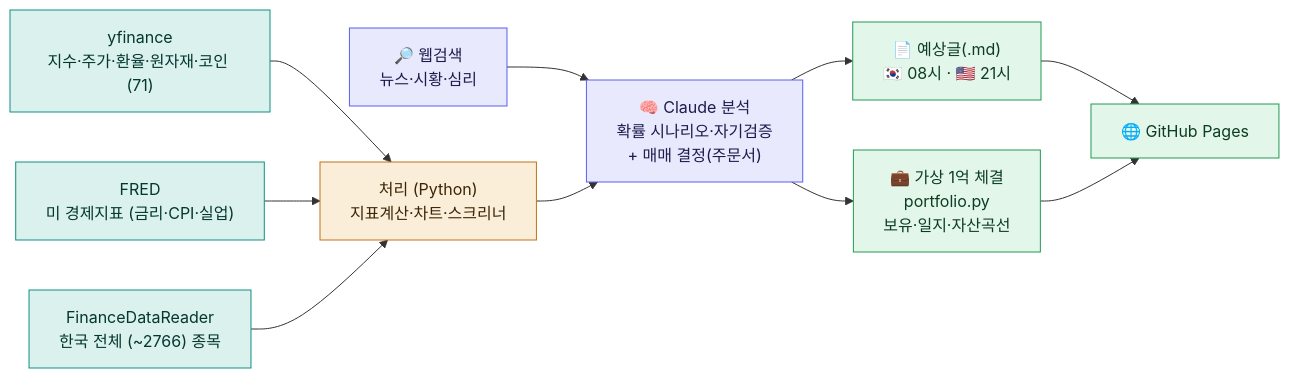
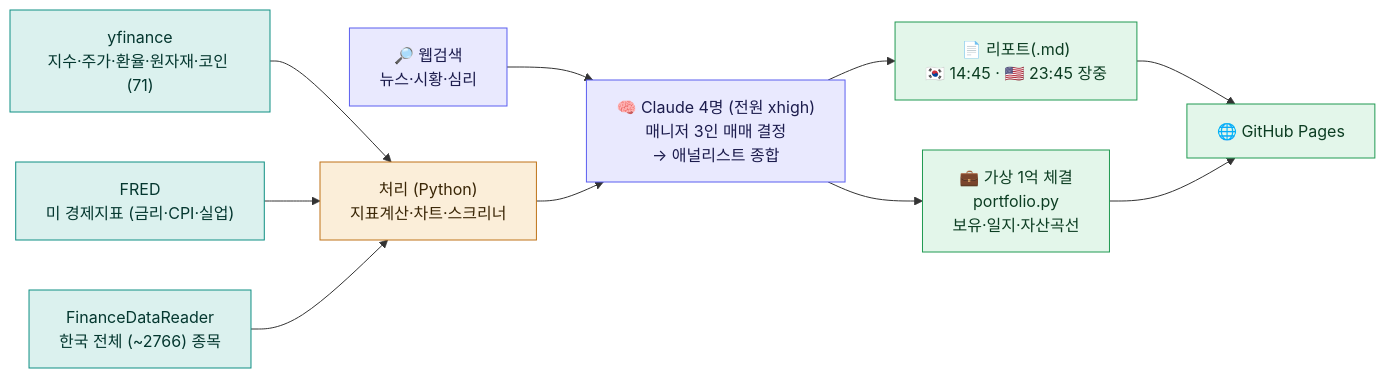
The second of 2 diagrams in docs/OVERVIEW.md (gks930620/stock-daily), drawn with Mermaid before and after one commit. The commit also changed other lines of this file and 4 other files, not shown here.

````diff
--- a/docs/OVERVIEW.md
+++ b/docs/OVERVIEW.md
@@ -63,17 +63,17 @@
 ```mermaid
 flowchart LR
   Y["yfinance<br/>지수·주가·환율·원자재·코인 (71)"] --> P
   FR["FRED<br/>미 경제지표 (금리·CPI·실업)"] --> P
   FD["FinanceDataReader<br/>한국 전체 (~2766) 종목"] --> P
   WS["🔎 웹검색<br/>뉴스·시황·심리"] --> CL
 
   P["처리 (Python)<br/>지표계산·차트·스크리너"] --> CL
-  CL["🧠 Claude 분석<br/>확률 시나리오·자기검증<br/>+ 매매 결정(주문서)"] --> R["📄 예상글(.md)<br/>🇰🇷 08시 · 🇺🇸 21시"] --> PG["🌐 GitHub Pages"]
+  CL["🧠 Claude 4명 (전원 xhigh)<br/>매니저 3인 매매 결정<br/>→ 애널리스트 종합"] --> R["📄 리포트(.md)<br/>🇰🇷 14:45 · 🇺🇸 23:45 장중"] --> PG["🌐 GitHub Pages"]
   CL --> PF["💼 가상 1억 체결<br/>portfolio.py<br/>보유·일지·자산곡선"] --> PG
 
   classDef data fill:#dbf1ee,stroke:#0e8f83,color:#04372f;
   classDef proc fill:#fbeed9,stroke:#bf7318,color:#3a2606;
   classDef ai   fill:#e9e9fe,stroke:#5b5ff0,color:#1c1c4d;
   classDef pub  fill:#e3f6ea,stroke:#219a52,color:#0c3d22;
   class Y,FR,FD data; class P proc; class WS,CL ai; class R,PF,PG pub;
 ```
````
